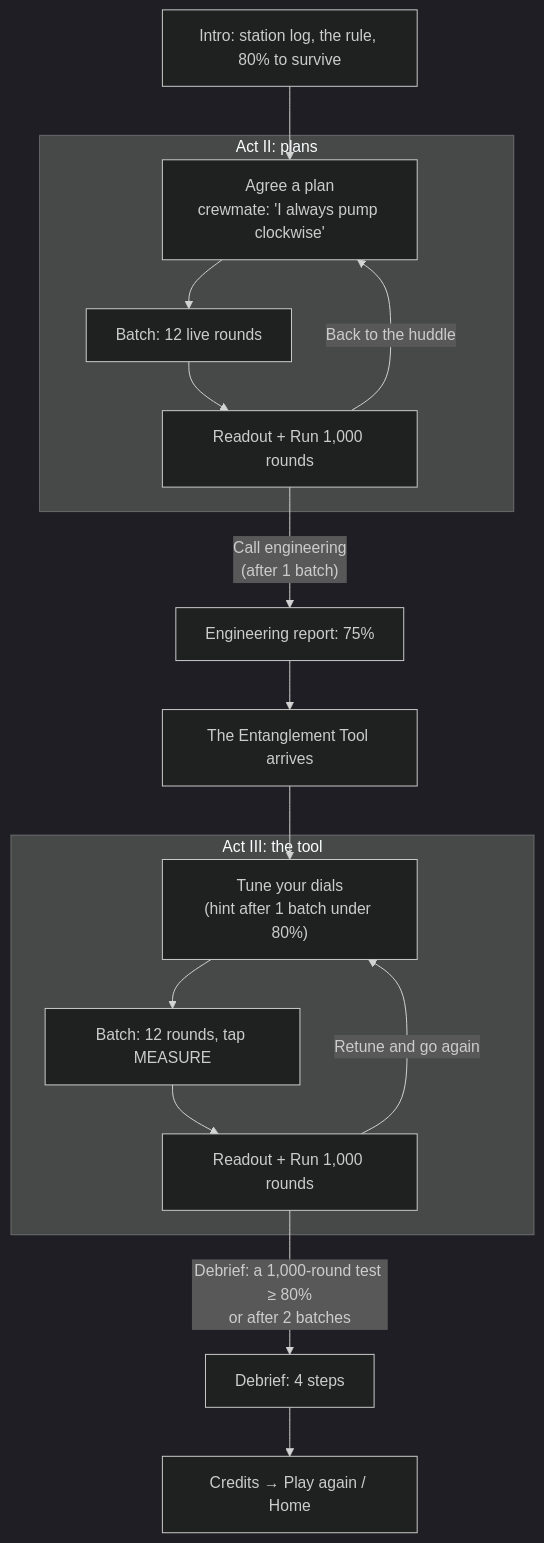
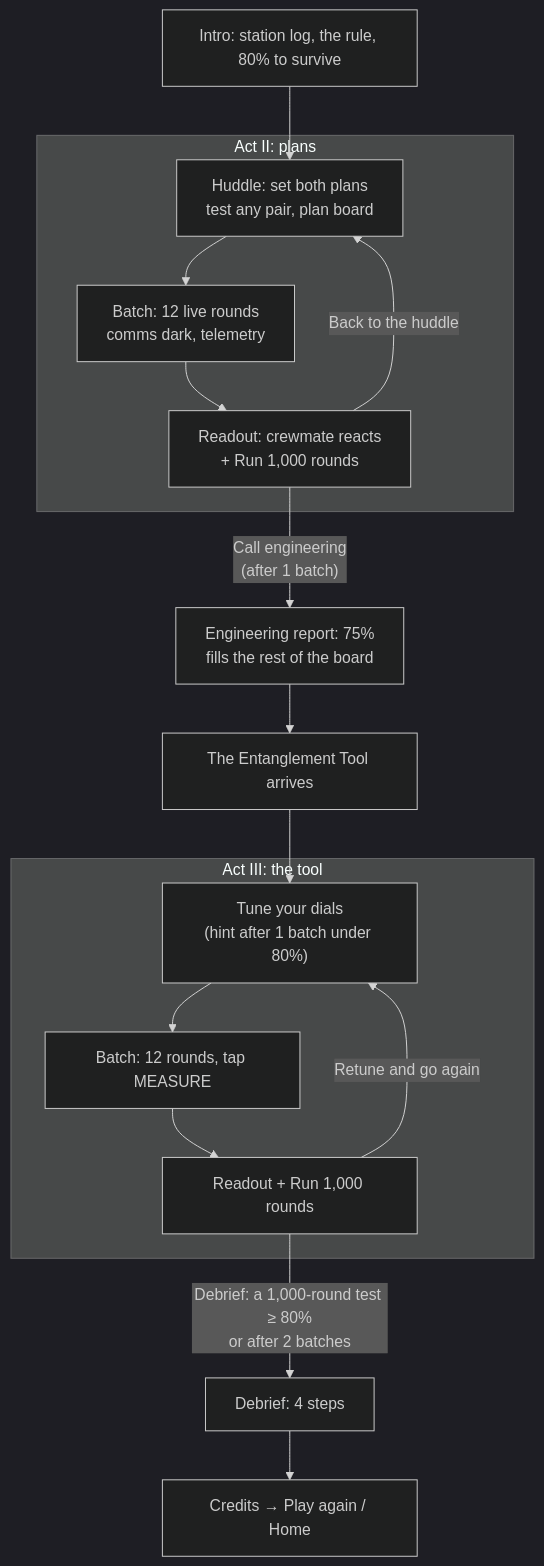
One commit to PlayableStories/quantum-crew changed the diagram in README.md. Above: the diagram before and after it, drawn with Mermaid (dark theme). The commit also changed other lines of this file and 22 other files, not shown here.

First line of the commit message:
Solo: joint plan, plan board, comms states and a crewmate voice

````diff
--- a/README.md
+++ b/README.md
@@ -38,19 +45,19 @@
 ```mermaid
 flowchart TD
   intro["Intro: station log, the rule, 80% to survive"] --> plan
   subgraph act2 ["Act II: plans"]
-    plan["Agree a plan<br/>crewmate: 'I always pump clockwise'"] --> batch2["Batch: 12 live rounds"]
-    batch2 --> read2["Readout + Run 1,000 rounds"]
+    plan["Huddle: set both plans<br/>test any pair, plan board"] --> batch2["Batch: 12 live rounds<br/>comms dark, telemetry"]
+    batch2 --> read2["Readout: crewmate reacts<br/>+ Run 1,000 rounds"]
     read2 -- "Back to the huddle" --> plan
   end
-  read2 -- "Call engineering<br/>(after 1 batch)" --> ceiling["Engineering report: 75%"]
+  read2 -- "Call engineering<br/>(after 1 batch)" --> ceiling["Engineering report: 75%<br/>fills the rest of the board"]
   ceiling --> tool["The Entanglement Tool arrives"]
   tool --> tune
   subgraph act3 ["Act III: the tool"]
     tune["Tune your dials<br/>(hint after 1 batch under 80%)"] --> batch3["Batch: 12 rounds, tap MEASURE"]
     batch3 --> read3["Readout + Run 1,000 rounds"]
     read3 -- "Retune and go again" --> tune
   end
   read3 -- "Debrief: a 1,000-round test ≥ 80%<br/>or after 2 batches" --> debrief["Debrief: 4 steps"]
   debrief --> credits["Credits → Play again / Home"]
 ```
````
